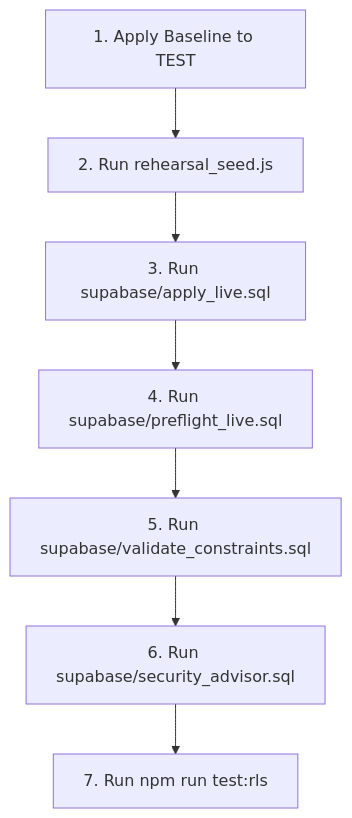
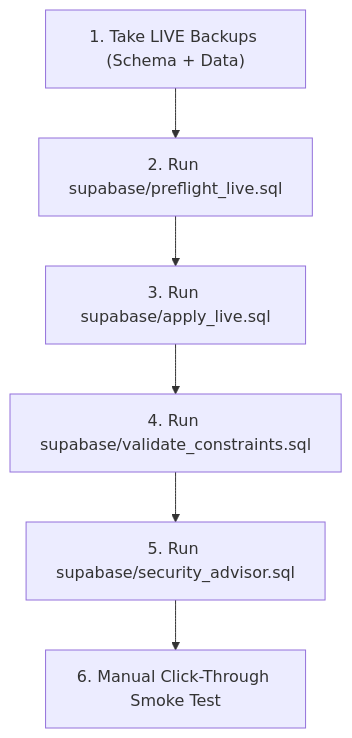
One commit to pechidevops-beep/CollabSpace changed the diagram in docs/test-runbook.md. Above: the diagram before and after it, drawn with Mermaid. The commit also changed other lines of this file, not shown here.

Commit message:
docs: update test runbook with dedicated LIVE deployment section (Item 7)

````diff
--- a/docs/test-runbook.md
+++ b/docs/test-runbook.md
@@ -103,9 +314,8 @@
 ```mermaid
 graph TD
-  A["1. Apply Baseline to TEST"] --> B["2. Run rehearsal_seed.js"]
+  A["1. Take LIVE Backups (Schema + Data)"] --> B["2. Run supabase/preflight_live.sql"]
   B --> C["3. Run supabase/apply_live.sql"]
-  C --> D["4. Run supabase/preflight_live.sql"]
-  D --> E["5. Run supabase/validate_constraints.sql"]
-  E --> F["6. Run supabase/security_advisor.sql"]
-  F --> G["7. Run npm run test:rls"]
+  C --> D["4. Run supabase/validate_constraints.sql"]
+  D --> E["5. Run supabase/security_advisor.sql"]
+  E --> F["6. Manual Click-Through Smoke Test"]
 ```
````
